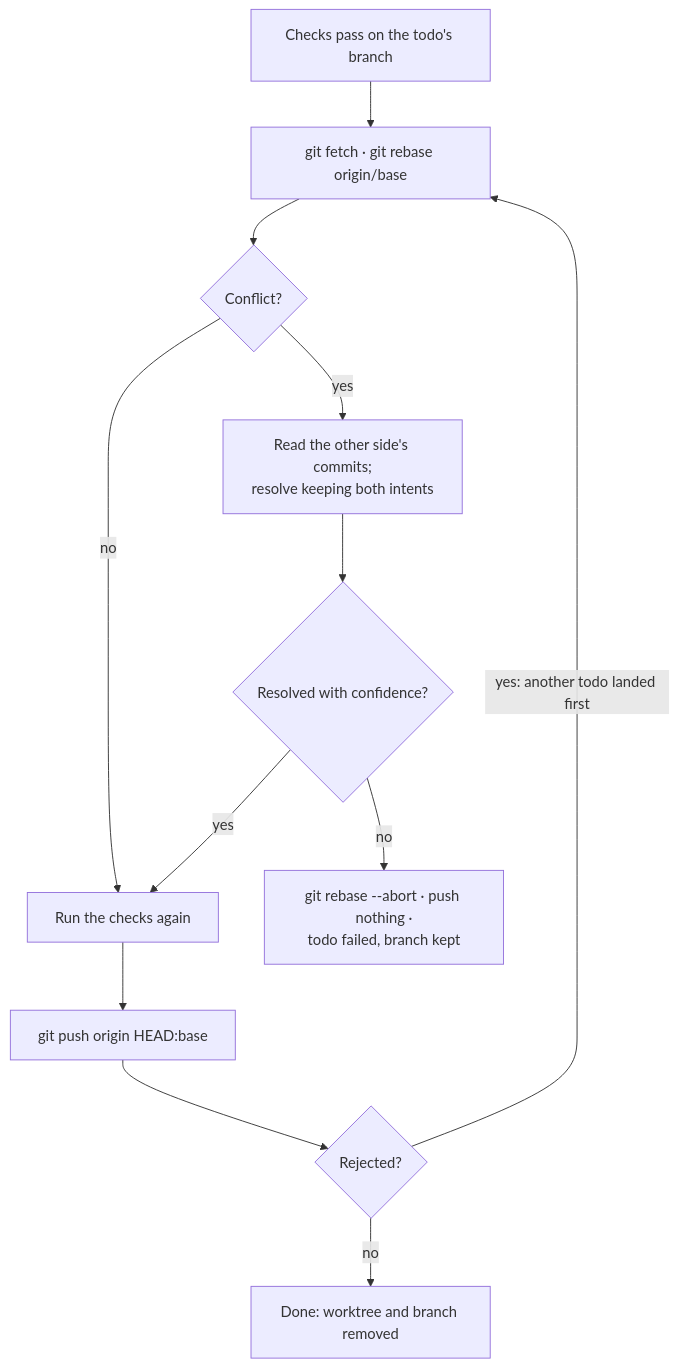
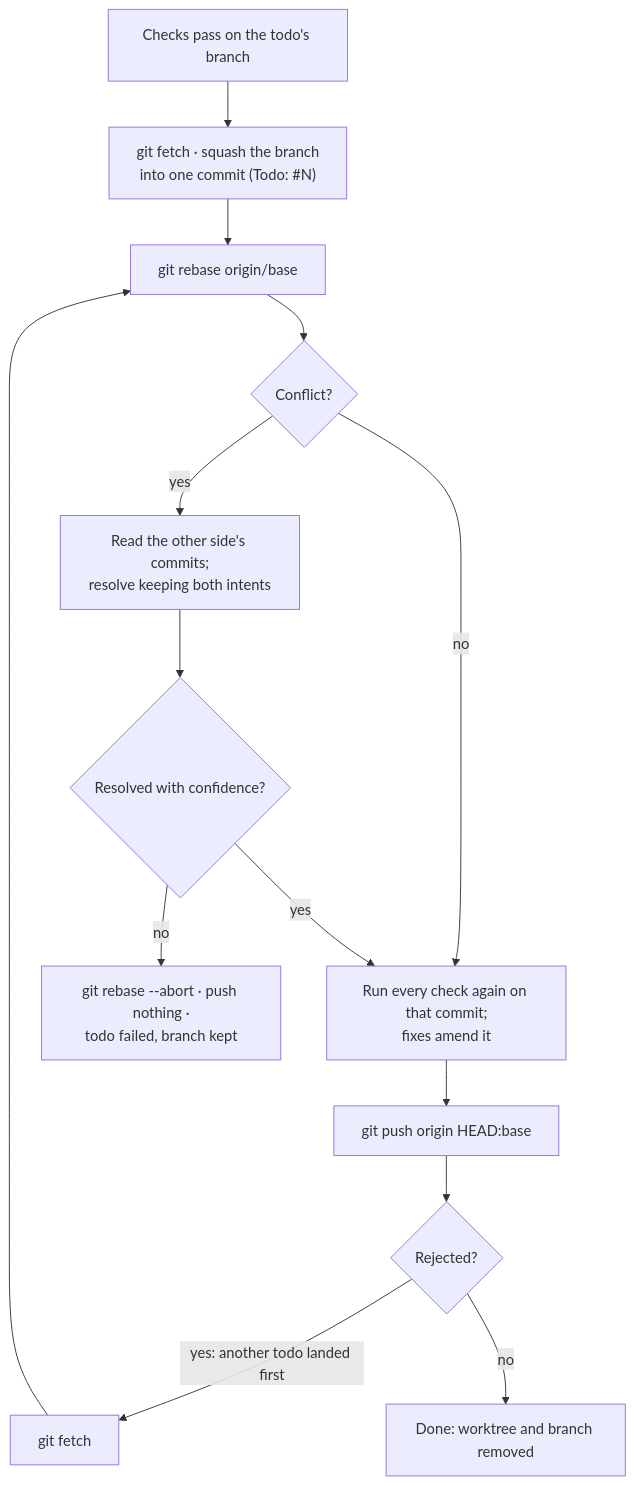
The fourth of 4 diagrams in docs/architecture.md (declanshanaghy/claude-todo), drawn with Mermaid before and after one commit. The commit also changed other lines of this file and 3 other files, not shown here.

First line of the commit message:
protocol: land each todo as one squashed, rebased, re-checked commit

````diff
--- a/docs/architecture.md
+++ b/docs/architecture.md
@@ -105,14 +105,15 @@
 ```mermaid
 flowchart TD
-  C["Checks pass on the todo's branch"] --> F["git fetch · git rebase origin/base"]
+  C["Checks pass on the todo's branch"] --> S["git fetch · squash the branch<br/>into one commit (Todo: #N)"]
+  S --> F["git rebase origin/base"]
   F --> X{Conflict?}
-  X -- no --> V["Run the checks again"]
+  X -- no --> V["Run every check again on that commit;<br/>fixes amend it"]
   X -- yes --> R["Read the other side's commits;<br/>resolve keeping both intents"]
   R --> OK{Resolved with confidence?}
   OK -- yes --> V
   OK -- no --> A["git rebase --abort · push nothing ·<br/>todo failed, branch kept"]
   V --> P["git push origin HEAD:base"]
   P --> J{Rejected?}
-  J -- "yes: another todo landed first" --> F
+  J -- "yes: another todo landed first" --> G["git fetch"] --> F
   J -- no --> D["Done: worktree and branch removed"]
 ```
````
